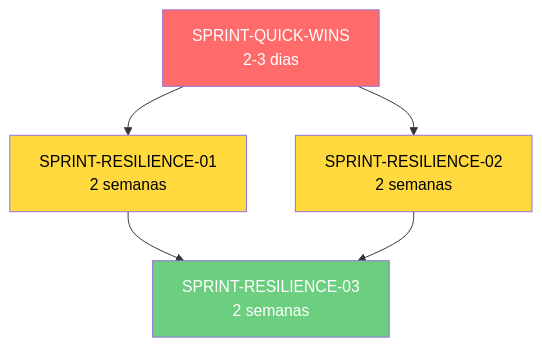
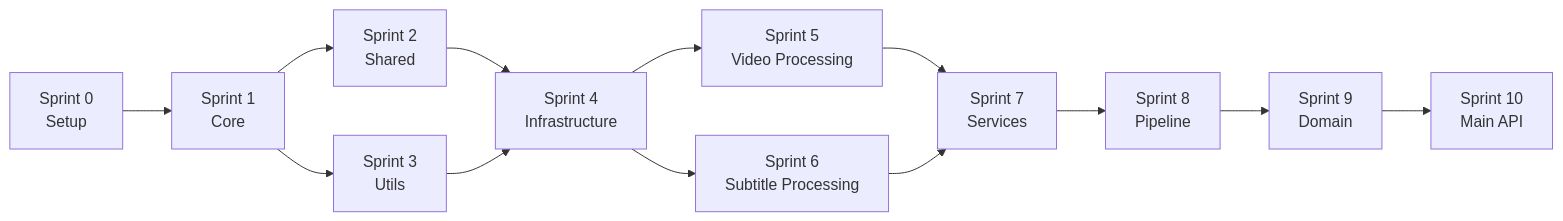
Before and after one commit to JohnHeberty/YTCaption-Easy-Youtube-API: the diagram in services/make-video/sprints/README.md, drawn with Mermaid. The commit also changed other lines of this file and 192 other files, not shown here.

````diff
--- a/services/make-video/sprints/README.md
+++ b/services/make-video/sprints/README.md
@@ -78,12 +31,15 @@
 ```mermaid
-graph TD
-    A[SPRINT-QUICK-WINS<br/>2-3 dias] --> B[SPRINT-RESILIENCE-01<br/>2 semanas]
-    A --> C[SPRINT-RESILIENCE-02<br/>2 semanas]
-    B --> D[SPRINT-RESILIENCE-03<br/>2 semanas]
-    C --> D
-
-    style A fill:#ff6b6b,color:#fff
-    style B fill:#ffd93d,color:#000
-    style C fill:#ffd93d,color:#000
-    style D fill:#6bcf7f,color:#fff
+graph LR
+    A[Sprint 0<br/>Setup] --> B[Sprint 1<br/>Core]
+    B --> C[Sprint 2<br/>Shared]
+    B --> D[Sprint 3<br/>Utils]
+    C --> E[Sprint 4<br/>Infrastructure]
+    D --> E
+    E --> F[Sprint 5<br/>Video Processing]
+    E --> G[Sprint 6<br/>Subtitle Processing]
+    F --> H[Sprint 7<br/>Services]
+    G --> H
+    H --> I[Sprint 8<br/>Pipeline]
+    I --> J[Sprint 9<br/>Domain]
+    J --> K[Sprint 10<br/>Main API]
 ```
````
